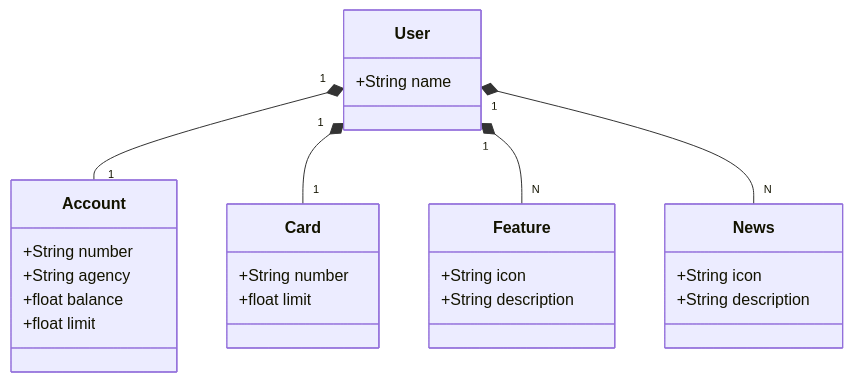
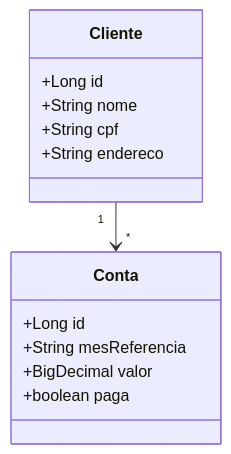
One commit to caioluzz/projeto-springboot-dio changed the diagram in README.md. Above: the diagram before and after it, drawn with Mermaid.

````diff
--- a/README.md
+++ b/README.md
@@ -5,33 +5,18 @@
 ```mermaid
 classDiagram
-  class User {
-    +String name
+  class Cliente {
+    +Long id
+    +String nome
+    +String cpf
+    +String endereco
   }
 
-  class Account {
-    +String number
-    +String agency
-    +float balance
-    +float limit
+  class Conta {
+    +Long id
+    +String mesReferencia
+    +BigDecimal valor
+    +boolean paga
   }
 
-  class Feature {
-    +String icon
-    +String description
-  }
-
-  class Card {
-    +String number
-    +float limit
-  }
-
-  class News {
-    +String icon
-    +String description
-  }
-
-  User "1" *-- "1" Account
-  User "1" *-- "1" Card
-  User "1" *-- "N" Feature
-  User "1" *-- "N" News
+  Cliente "1" --> "*" Conta
 ```
````
